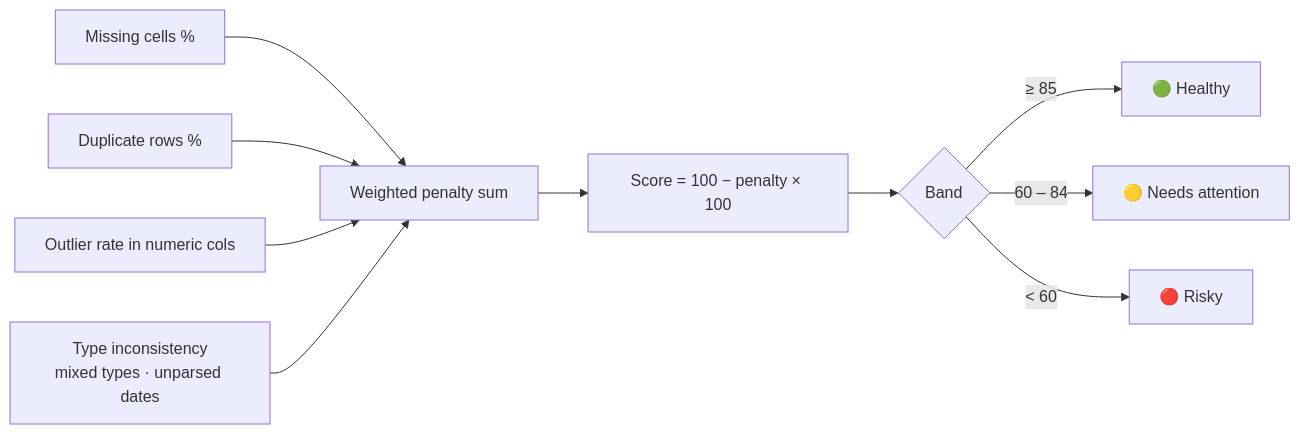
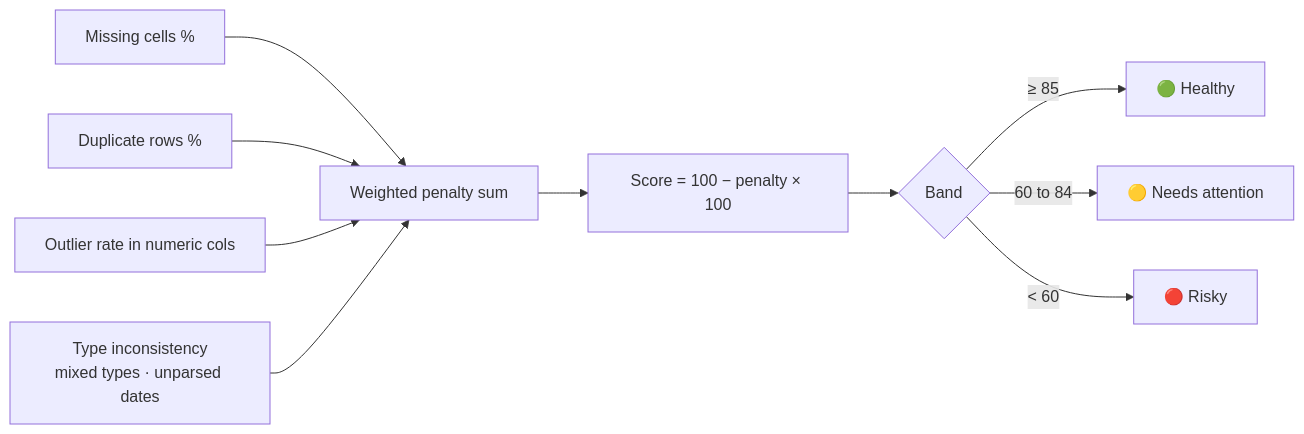
The tenth of 49 diagrams in README.md (Mansi232323/VERIDEXA), drawn with Mermaid before and after one commit. The commit also changed other lines of this file, not shown here.

````diff
--- a/README.md
+++ b/README.md
@@ -480,12 +480,12 @@
 ```mermaid
 flowchart LR
     M["Missing cells %"] --> W
     D["Duplicate rows %"] --> W
     O["Outlier rate in numeric cols"] --> W
     T["Type inconsistency<br/>mixed types · unparsed dates"] --> W
     W["Weighted penalty sum"] --> S["Score = 100 − penalty × 100"]
     S --> B{"Band"}
     B -- "≥ 85" --> G["🟢 Healthy"]
-    B -- "60 – 84" --> Y["🟡 Needs attention"]
+    B -- "60 to 84" --> Y["🟡 Needs attention"]
     B -- "< 60" --> R["🔴 Risky"]
 ```
````
